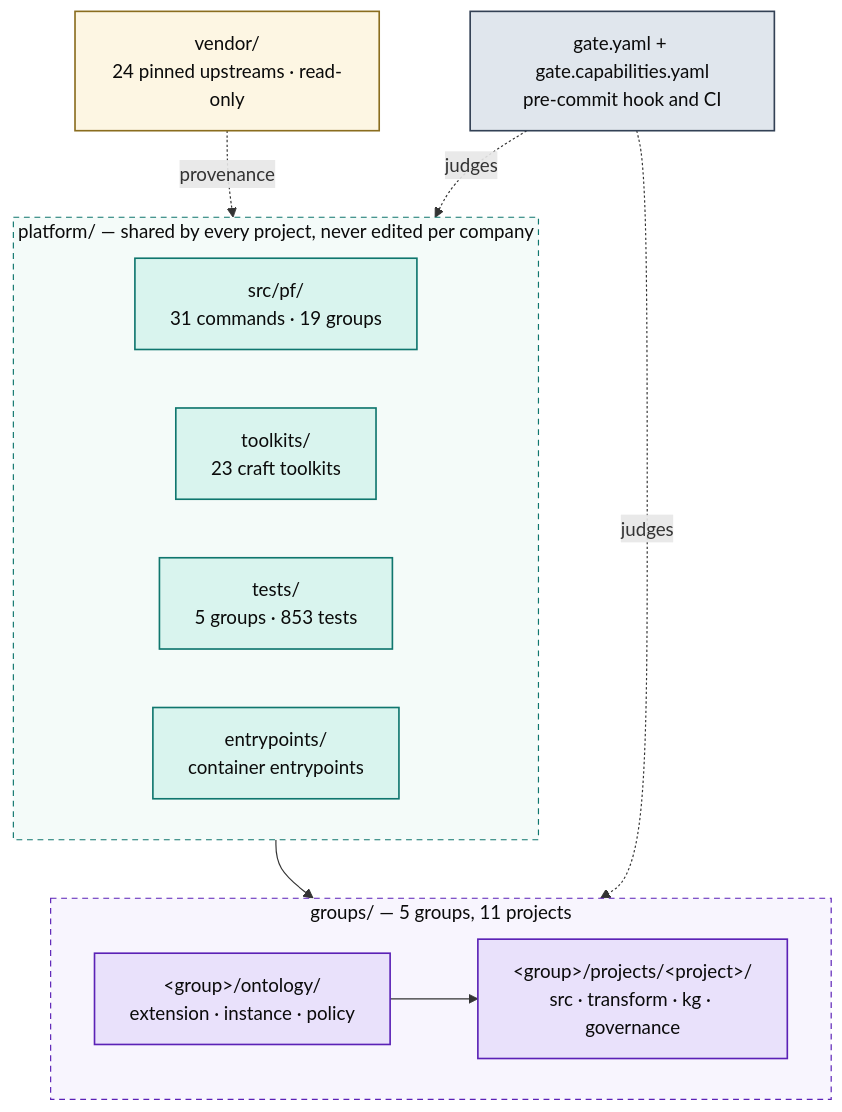
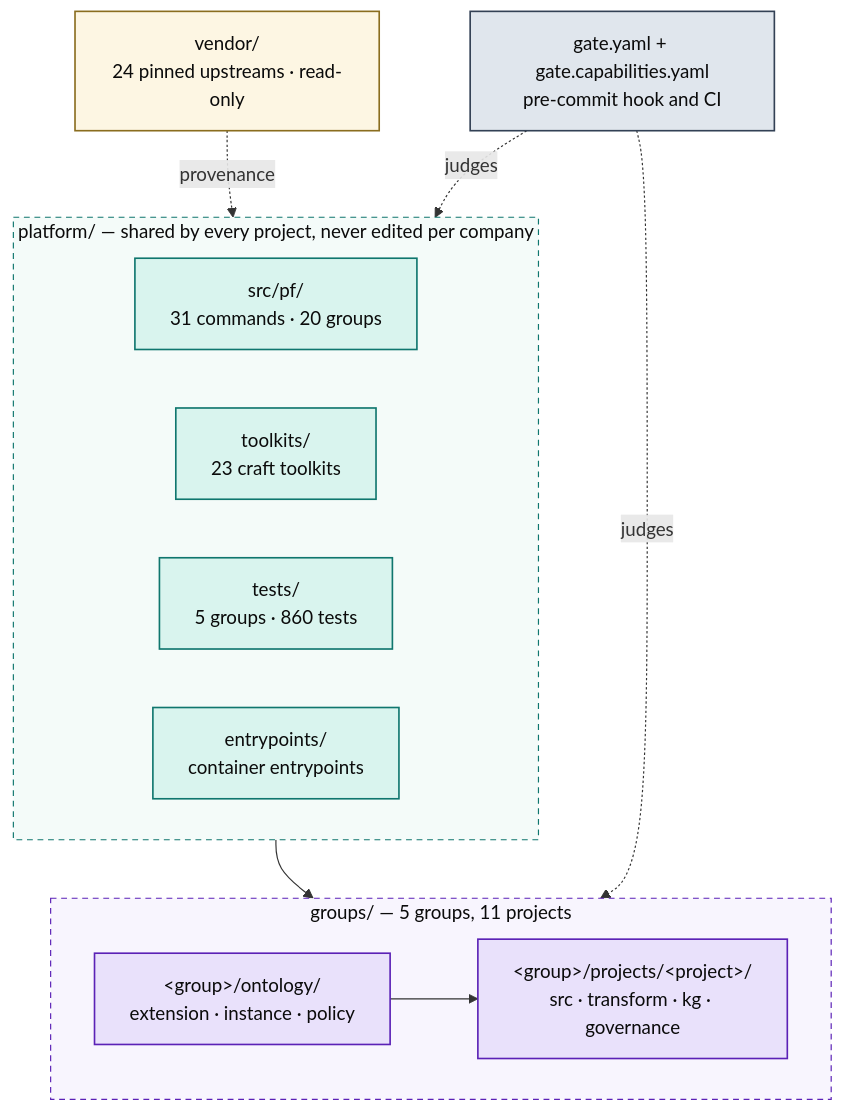
One commit to Atomz-org/data-platform changed the first of 5 diagrams in docs/ARCHITECTURE.md. Above: the diagram before and after it, drawn with Mermaid. The commit also changed other lines of this file and 9 other files, not shown here.

````diff
--- a/docs/ARCHITECTURE.md
+++ b/docs/ARCHITECTURE.md
@@ -15,36 +15,36 @@
 ```mermaid
 flowchart TB
   subgraph SHARED["platform/ — shared by every project, never edited per company"]
     direction LR
-    ENG["src/pf/<br/>31 commands · 19 groups"]
+    ENG["src/pf/<br/>31 commands · 20 groups"]
     TK["toolkits/<br/>23 craft toolkits"]
-    TST["tests/<br/>5 groups · 853 tests"]
+    TST["tests/<br/>5 groups · 860 tests"]
     ENT["entrypoints/<br/>container entrypoints"]
   end
 
   subgraph ENTITIES["groups/ — 5 groups, 11 projects"]
     direction LR
     GRP["&lt;group&gt;/ontology/<br/>extension · instance · policy"]
     PRJ["&lt;group&gt;/projects/&lt;project&gt;/<br/>src · transform · kg · governance"]
     GRP --> PRJ
   end
 
   VEN["vendor/<br/>24 pinned upstreams · read-only"]
   GATE["gate.yaml + gate.capabilities.yaml<br/>pre-commit hook and CI"]
 
   SHARED --> ENTITIES
   VEN -.provenance.-> SHARED
   GATE -.judges.-> ENTITIES
   GATE -.judges.-> SHARED
 
   classDef code fill:#d9f4ee,stroke:#0f766e,stroke-width:1.4px,color:#0b0b0b
   classDef data fill:#e9e1fb,stroke:#5b21b6,stroke-width:1.4px,color:#0b0b0b
   classDef gov fill:#e0e6ed,stroke:#334155,stroke-width:1.4px,color:#0b0b0b
   classDef ext fill:#fdf6e3,stroke:#8a6d1f,stroke-width:1.4px,color:#0b0b0b
   class ENG,TK,TST,ENT code
   class GRP,PRJ data
   class GATE gov
   class VEN ext
   style SHARED fill:#f4fbf9,stroke:#0f766e,stroke-dasharray:5 4,color:#0b0b0b
   style ENTITIES fill:#f8f5fe,stroke:#5b21b6,stroke-dasharray:5 4,color:#0b0b0b
 ```
````
